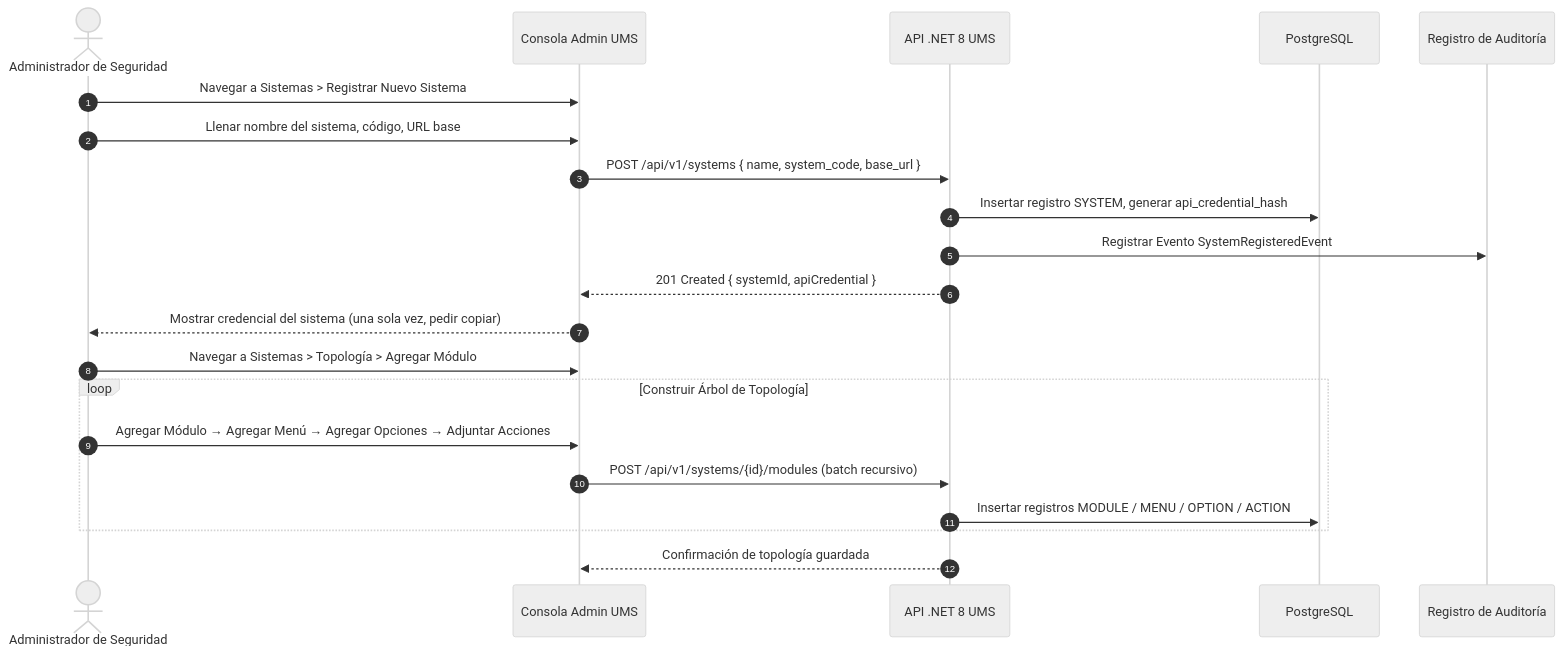
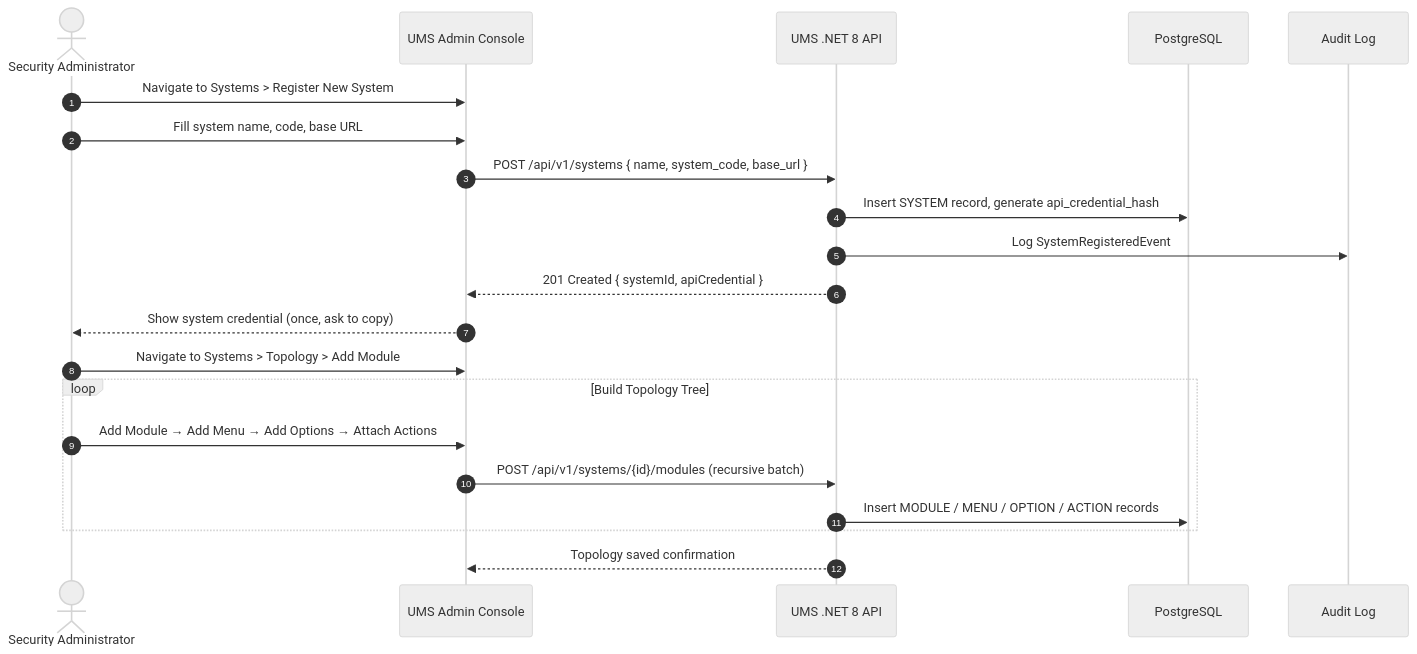
Before and after one commit to beyondnetcode/ums: the diagram in governance/requirements/functional-stories/fs-04-register-system-topology.md, drawn with Mermaid (neutral theme). The commit also changed other lines of this file and 10 other files, not shown here.

````diff
--- a/governance/requirements/functional-stories/fs-04-register-system-topology.md
+++ b/governance/requirements/functional-stories/fs-04-register-system-topology.md
@@ -20,24 +20,24 @@
 ```mermaid
 sequenceDiagram
     autonumber
-    actor Admin as Administrador de Seguridad
-    participant Console as Consola Admin UMS
-    participant API as API .NET 8 UMS
+    actor Admin as Security Administrator
+    participant Console as UMS Admin Console
+    participant API as UMS .NET 8 API
     participant DB as PostgreSQL
-    participant Audit as Registro de Auditoría
+    participant Audit as Audit Log
 
-    Admin->>Console: Navegar a Sistemas > Registrar Nuevo Sistema
-    Admin->>Console: Llenar nombre del sistema, código, URL base
+    Admin->>Console: Navigate to Systems > Register New System
+    Admin->>Console: Fill system name, code, base URL
     Console->>API: POST /api/v1/systems { name, system_code, base_url }
-    API->>DB: Insertar registro SYSTEM, generar api_credential_hash
-    API->>Audit: Registrar Evento SystemRegisteredEvent
+    API->>DB: Insert SYSTEM record, generate api_credential_hash
+    API->>Audit: Log SystemRegisteredEvent
     API-->>Console: 201 Created { systemId, apiCredential }
-    Console-->>Admin: Mostrar credencial del sistema (una sola vez, pedir copiar)
-    Admin->>Console: Navegar a Sistemas > Topología > Agregar Módulo
-    loop Construir Árbol de Topología
-        Admin->>Console: Agregar Módulo → Agregar Menú → Agregar Opciones → Adjuntar Acciones
-        Console->>API: POST /api/v1/systems/{id}/modules (batch recursivo)
-        API->>DB: Insertar registros MODULE / MENU / OPTION / ACTION
+    Console-->>Admin: Show system credential (once, ask to copy)
+    Admin->>Console: Navigate to Systems > Topology > Add Module
+    loop Build Topology Tree
+        Admin->>Console: Add Module → Add Menu → Add Options → Attach Actions
+        Console->>API: POST /api/v1/systems/{id}/modules (recursive batch)
+        API->>DB: Insert MODULE / MENU / OPTION / ACTION records
     end
-    API-->>Console: Confirmación de topología guardada
+    API-->>Console: Topology saved confirmation
 ```
````
